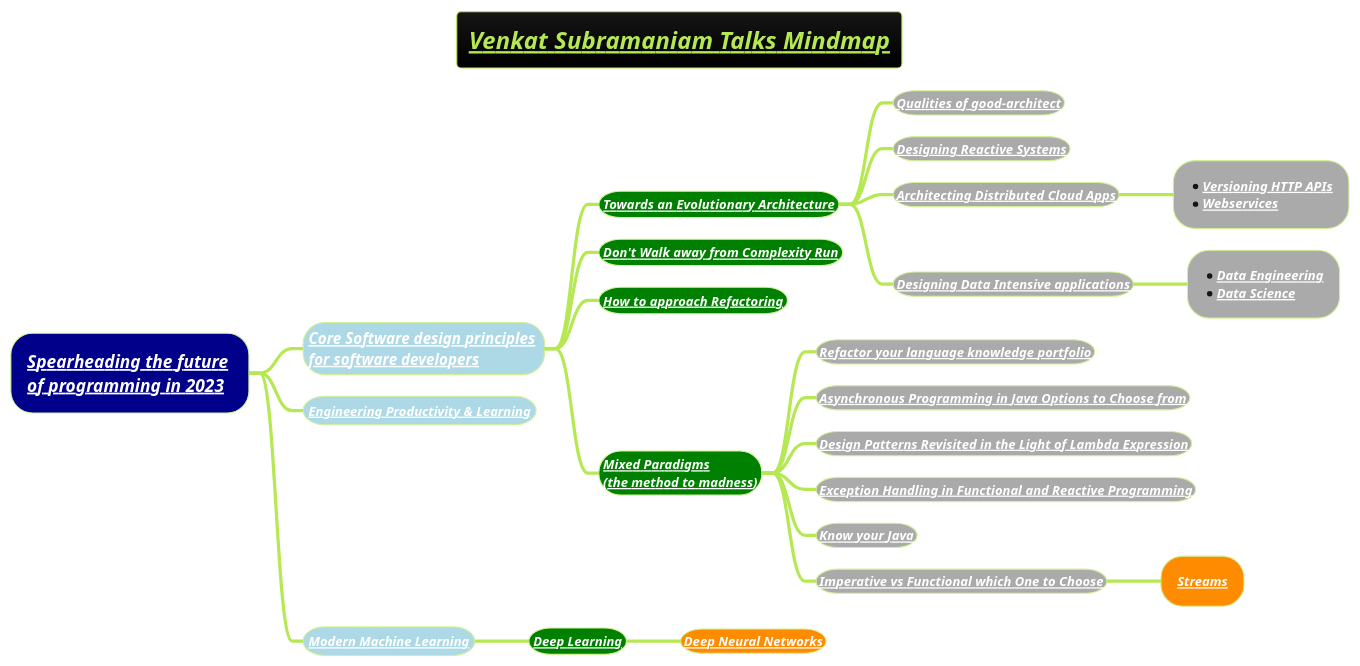
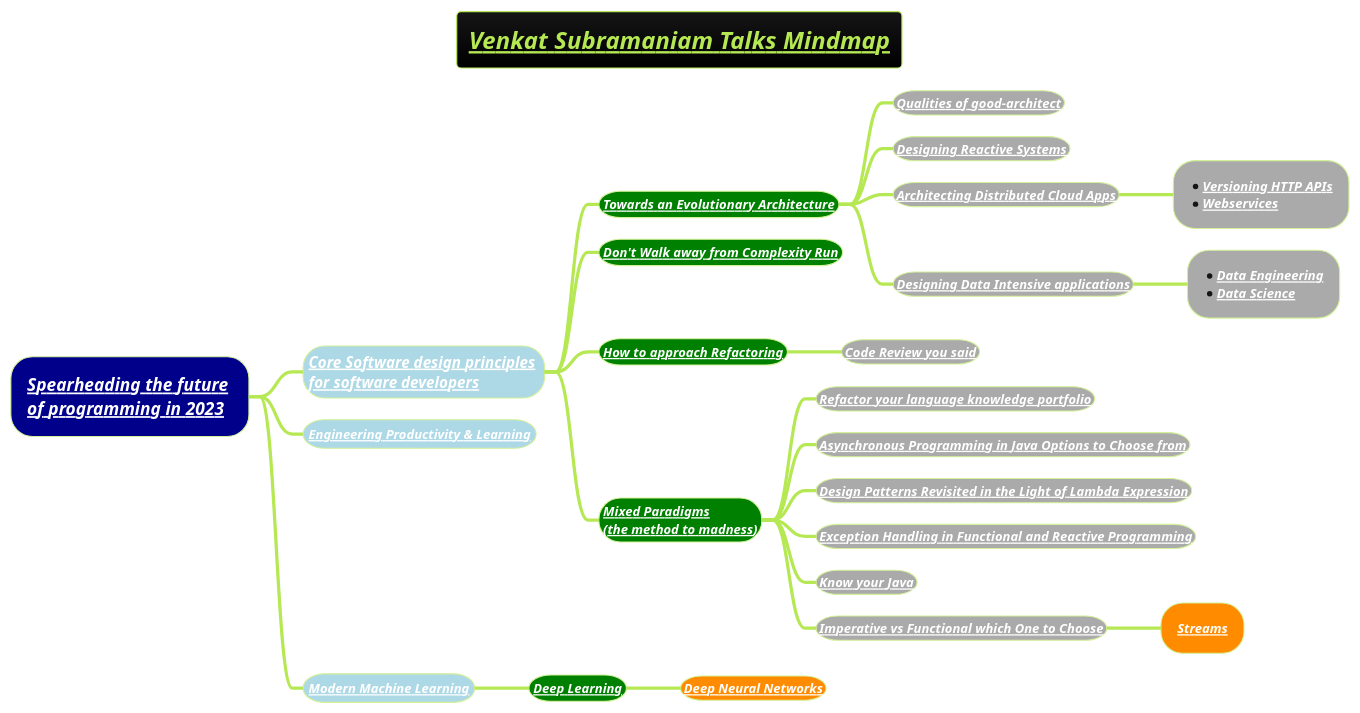
The diagram in docs/3-programming-languages/Venkat-Subramaniam/venkat-talks-mindmap.puml (MehmoodHashmi/Documentation-as-Code-DaC), drawn with PlantUML before and after one commit. The commit also changed 7 other files, not shown here.

```diff
--- a/docs/3-programming-languages/Venkat-Subramaniam/venkat-talks-mindmap.puml
+++ b/docs/3-programming-languages/Venkat-Subramaniam/venkat-talks-mindmap.puml
@@ -1,29 +1,30 @@
 @startmindmap
 title =<i><b><u><size:18>Venkat Subramaniam Talks Mindmap
 !theme hacker
 
 *[#darkblue] <i><color #black>[[docs/3-programming-languages/Venkat-Subramaniam/Spearheading-the-future-of-programming-2023.puml Spearheading the future]] \n<i><color #black>[[docs/3-programming-languages/Venkat-Subramaniam/Spearheading-the-future-of-programming-2023.puml of programming in 2023]]
 **[#lightblue] <color:white><i>[[docs/3-programming-languages/Venkat-Subramaniam/Core-Software-design-principles-for-software-developers.puml Core Software design principles]] \n<color:white><i>[[docs/3-programming-languages/Venkat-Subramaniam/Core-Software-design-principles-for-software-developers.puml for software developers ]]
 ***[#green] <b><i><color #black><size:12>[[docs/3-programming-languages/Venkat-Subramaniam/Towards-an-Evolutionary-Architecture.puml Towards an Evolutionary Architecture]]
 ****[#a] <b><i><color #black><size:12>[[docs/3-programming-languages/Venkat-Subramaniam/Qualities-of-good-architect.puml Qualities of good-architect]]
 ****[#a] <b><i><color #black><size:12>[[docs/3-programming-languages/Venkat-Subramaniam/Designing-Reactive-Systems.puml Designing Reactive Systems]]
 ****[#a] <b><i><color #black><size:12>[[docs/3-programming-languages/Venkat-Subramaniam/Architecting-Distributed-Cloud-Apps.puml Architecting Distributed Cloud Apps]]
 *****[#a] *<b><i><color #black><size:12>[[docs/3-programming-languages/Venkat-Subramaniam/Architecting-Distributed-Cloud-Apps.puml Versioning HTTP APIs]] \n*<b><i><color #black><size:12>[[docs/3-programming-languages/Venkat-Subramaniam/webservice.puml Webservices]]
 ****[#a] <b><i><color #black><size:12>[[docs/books/1-books-backlog/DBMS/Designing-Data-Intensive-Applications.puml Designing Data Intensive applications]]
 *****[#a] *<b><i><color #black><size:12>[[docs/AI-ML-DL-Data-Science-and-BigData/data-science/data-engineering/Data-Engineering.puml Data Engineering]] \n*<b><i><color #black><size:12>[[docs/AI-ML-DL-Data-Science-and-BigData/data-science/Data-Science.puml Data Science]]
 ***[#green] <b><i><color #black><size:12>[[docs/3-programming-languages/Venkat-Subramaniam/Do-not-Walk-Away-From-Complexity-Run.puml Don't Walk away from Complexity Run]]
 ***[#green] <b><i><color #black><size:12>[[docs/3-programming-languages/Venkat-Subramaniam/how-to-approach-refactoring.puml How to approach Refactoring]]
+****[#a] <b><i><color #black><size:12>[[docs/3-programming-languages/Venkat-Subramaniam/Code-Review-you-said.puml Code Review you said]]
 ***[#green] <b><i><color #black><size:12>[[docs/3-programming-languages/Venkat-Subramaniam/mixed-paradigms-(the-method-to-madness).puml Mixed Paradigms]] \n<b><i><color #black><size:12>[[docs/3-programming-languages/Venkat-Subramaniam/mixed-paradigms-(the-method-to-madness).puml (the method to madness)]]
 ****[#a] <b><i><color #black><size:12>[[docs/3-programming-languages/Venkat-Subramaniam/Refactor-your-language-knowledge-portfolio-(we-are-what-we-can-code-in).puml Refactor your language knowledge portfolio]]
 ****[#a] <b><i><color #black><size:12>[[docs/3-programming-languages/Venkat-Subramaniam/Asynchronous-Programming-in-Java-Options-to-Choose-from.puml Asynchronous Programming in Java Options to Choose from]]
 ****[#a] <b><i><color #black><size:12>[[docs/3-programming-languages/Venkat-Subramaniam/Design-Patterns-revisited-in-the-Light-of-Lambda-Expression.puml Design Patterns Revisited in the Light of Lambda Expression]]
 ****[#a] <b><i><color #black><size:12>[[docs/3-programming-languages/Venkat-Subramaniam/Exception-Handling-in-Functional-and-Reactive-Programming.puml Exception Handling in Functional and Reactive Programming]]
 ****[#a] <b><i><color #black><size:12>[[docs/3-programming-languages/Venkat-Subramaniam/Know-your-java-venkat.puml Know your Java]]
 ****[#a] <b><i><color #black><size:12>[[docs/3-programming-languages/Venkat-Subramaniam/Imperative-vs-Functional-Which-one-to-Choose.puml Imperative vs Functional which One to Choose]]
 *****[#darkorange] <b><i><color #black><size:12>[[docs/3-programming-languages/Venkat-Subramaniam/Streams.puml Streams]]
 **[#lightblue] <b><i><color #black><size:12>[[docs/3-programming-languages/Venkat-Subramaniam/Engineering-Productivity-and-Learning.puml Engineering Productivity & Learning]]
 **[#lightblue] <b><i><color #black><size:12>[[docs/AI-ML-DL-Data-Science-and-BigData/machine-learning-ML/Modern-Machine-Learning.puml Modern Machine Learning]]
 ***[#green] <b><i><color #black><size:12>[[docs/AI-ML-DL-Data-Science-and-BigData/machine-learning-ML/3-deep-learning-DL/Deep-Learning.puml Deep Learning]]
 ****[#darkorange] <b><i><color #black><size:12>[[docs/AI-ML-DL-Data-Science-and-BigData/machine-learning-ML/3-deep-learning-DL/Neural-Network-Architecture.puml Deep Neural Networks]]
 
 @endmindmap
```
